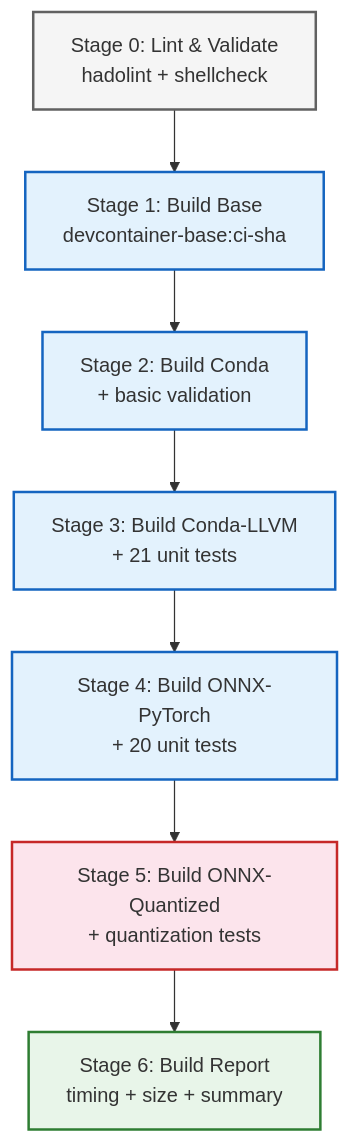
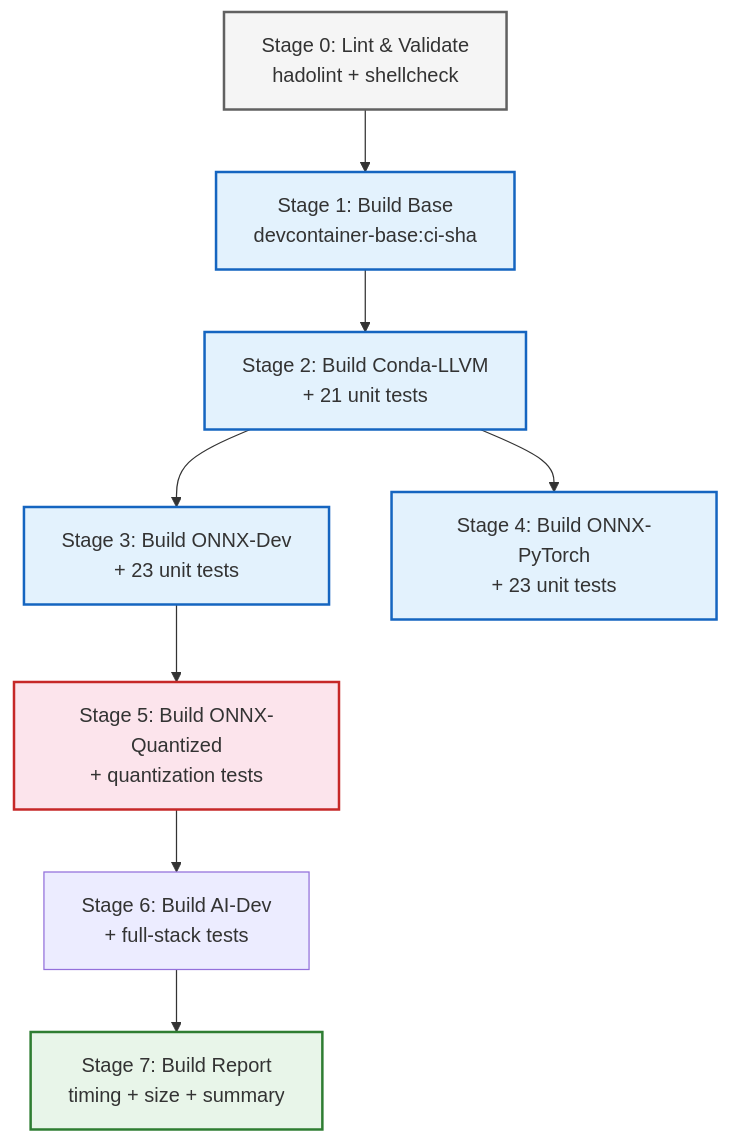
Before and after one commit to xinetzone/SpecWeave: the second of 2 diagrams in apps/docker-images/devcontainer-base/.agents/workflows/variants-ci.md, drawn with Mermaid. The commit also changed other lines of this file and 1 other file, not shown here.

First line of the commit message:
docs(devcontainer-base): 同步更新构建链描述，纳入 onnx-dev 与 ai-dev 变体

````diff
--- a/apps/docker-images/devcontainer-base/.agents/workflows/variants-ci.md
+++ b/apps/docker-images/devcontainer-base/.agents/workflows/variants-ci.md
@@ -242,19 +271,20 @@
 ```mermaid
 flowchart TD
     Lint[Stage 0: Lint & Validate<br/>hadolint + shellcheck] --> Base[Stage 1: Build Base<br/>devcontainer-base:ci-sha]
-    Base --> Conda[Stage 2: Build Conda<br/>+ basic validation]
-    Conda --> CondaLLVM[Stage 3: Build Conda-LLVM<br/>+ 21 unit tests]
-    CondaLLVM --> OnnxPyTorch[Stage 4: Build ONNX-PyTorch<br/>+ 20 unit tests]
-    OnnxPyTorch --> OnnxQuantized[Stage 5: Build ONNX-Quantized<br/>+ quantization tests]
-    OnnxQuantized --> Report[Stage 6: Build Report<br/>timing + size + summary]
+    Base --> CondaLLVM[Stage 2: Build Conda-LLVM<br/>+ 21 unit tests]
+    CondaLLVM --> OnnxDev[Stage 3: Build ONNX-Dev<br/>+ 23 unit tests]
+    CondaLLVM --> OnnxPyTorch[Stage 4: Build ONNX-PyTorch<br/>+ 23 unit tests]
+    OnnxDev --> OnnxQuantized[Stage 5: Build ONNX-Quantized<br/>+ quantization tests]
+    OnnxQuantized --> AiDev[Stage 6: Build AI-Dev<br/>+ full-stack tests]
+    AiDev --> Report[Stage 7: Build Report<br/>timing + size + summary]
     
     classDef lint fill:#f5f5f5,stroke:#616161,stroke-width:2px
     classDef stage fill:#e3f2fd,stroke:#1565c0,stroke-width:2px
     classDef quant fill:#fce4ec,stroke:#c62828,stroke-width:2px
     classDef report fill:#e8f5e9,stroke:#2e7d32,stroke-width:2px
     
     class Lint lint
-    class Base,Conda,CondaLLVM,OnnxPyTorch stage
+    class Base,CondaLLVM,OnnxDev,OnnxPyTorch stage
     class OnnxQuantized quant
     class Report report
 ```
````
